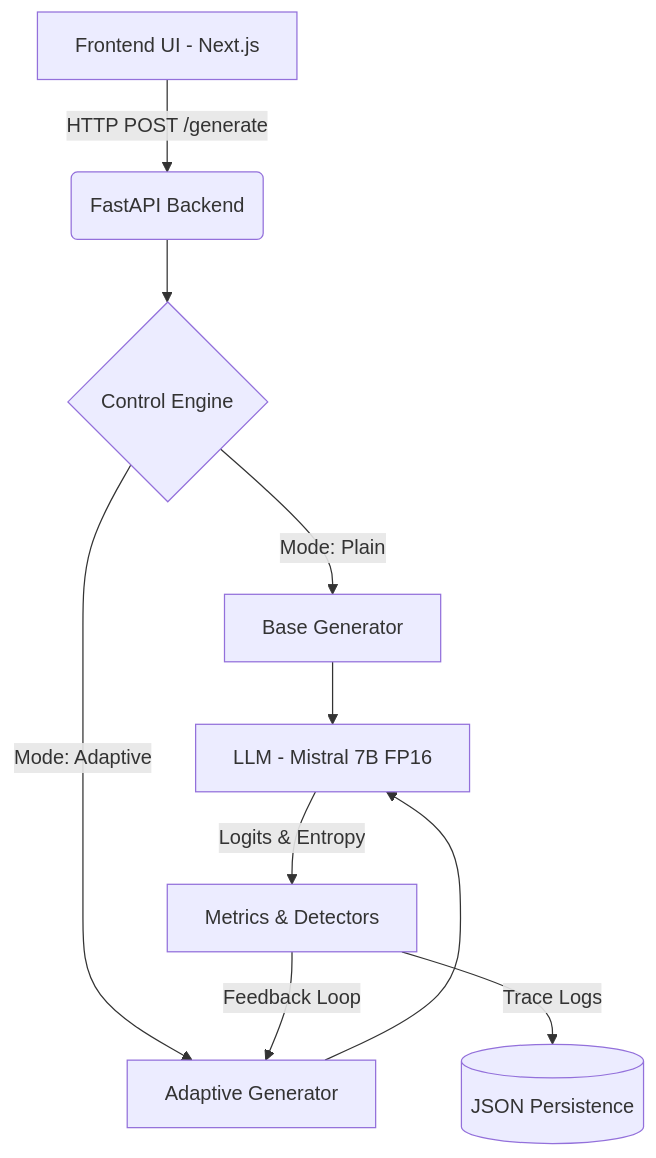
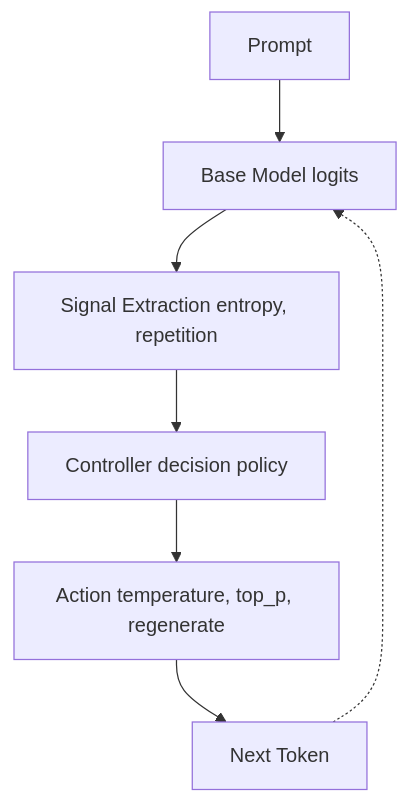
Before and after one commit to shubhankartiwari99/llm-generation-control: the diagram in README.md, drawn with Mermaid. The commit also changed other lines of this file and 13 other files, not shown here.

Commit message:
refactor: simplify generation control logic and replace confidence metrics with reliability scores

````diff
--- a/README.md
+++ b/README.md
@@ -16,15 +11,9 @@
 ```mermaid
 graph TD
-    A[Frontend UI - Next.js] -->|HTTP POST /generate| B(FastAPI Backend)
-    B --> C{Control Engine}
-    
-    C -->|Mode: Plain| D[Base Generator]
-    C -->|Mode: Adaptive| E[Adaptive Generator]
-    
-    D --> F[LLM - Mistral 7B FP16]
-    E --> F
-    
-    F -->|Logits & Entropy| G[Metrics & Detectors]
-    G -->|Feedback Loop| E
-    G -->|Trace Logs| H[(JSON Persistence)]
+    A[Prompt] --> B[Base Model logits]
+    B --> C[Signal Extraction entropy, repetition]
+    C --> D[Controller decision policy]
+    D --> E[Action temperature, top_p, regenerate]
+    E --> F[Next Token]
+    F -.-> B
 ```
````
